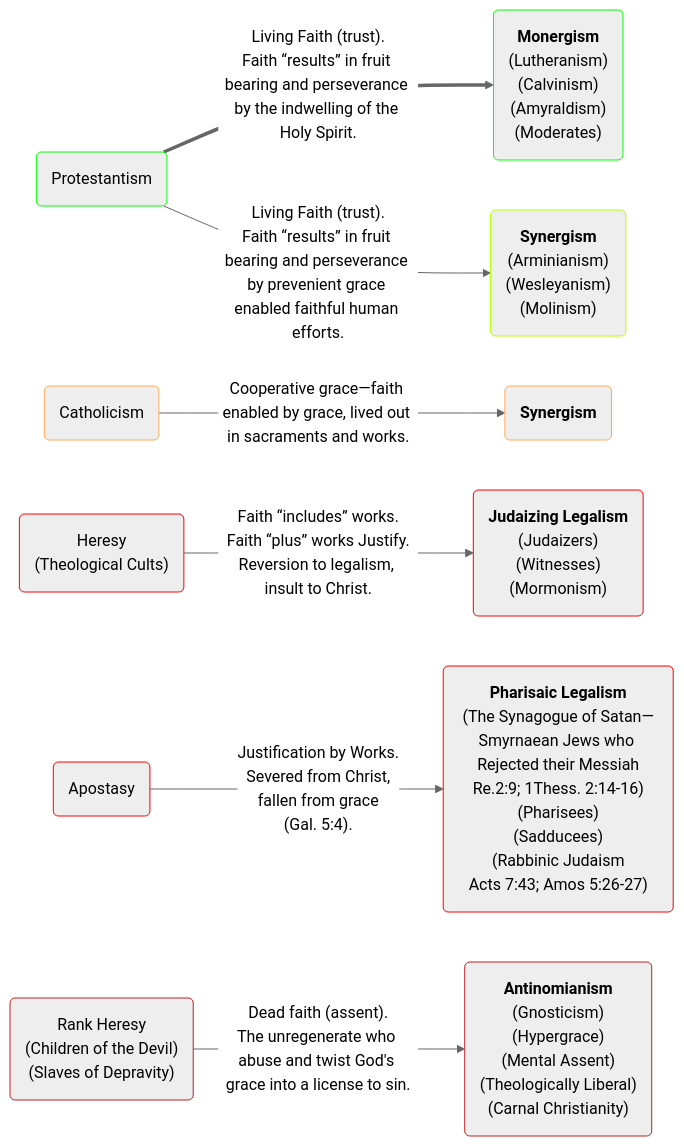
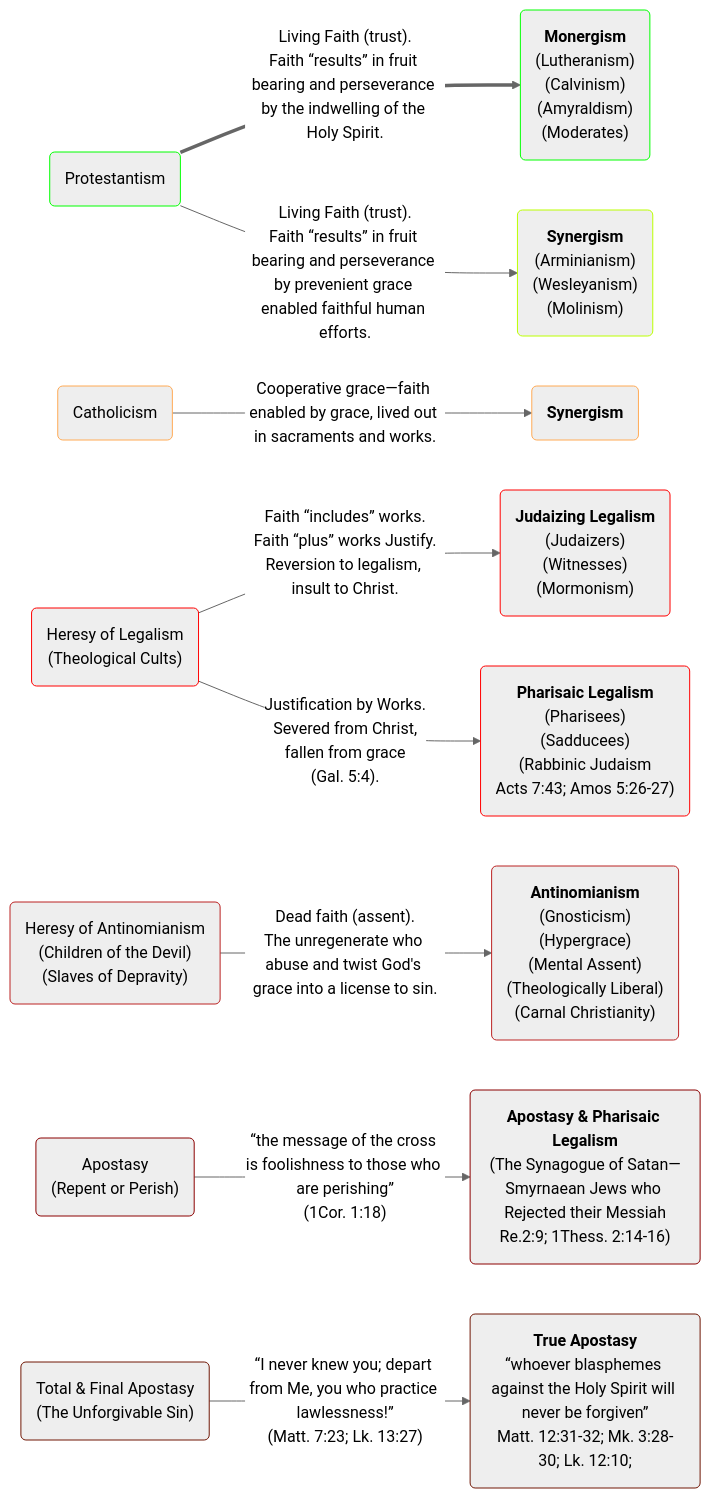
Before and after one commit to OrdoLuminis/ordoluminis.github.io: the first of 2 diagrams in _posts/2025-08-03-historic-protestant-position.markdown, drawn with Mermaid (neutral theme). The commit also changed other lines of this file, not shown here.

Commit message:
expanded

````diff
--- a/_posts/2025-08-03-historic-protestant-position.markdown
+++ b/_posts/2025-08-03-historic-protestant-position.markdown
@@ -55,19 +55,24 @@
 ```mermaid
 flowchart LR
     A(Protestantism):::green
     B(Catholicism):::orange
-    C(Heresy<br>&lpar;Theological Cults&rpar;):::red
-    D(Apostasy):::red
-    E(Rank Heresy<br>&lpar;Children of the Devil&rpar;<br>&lpar;Slaves of Depravity&rpar;):::firebrick
-    A ==>|Living Faith &lpar;trust&rpar;.<br>Faith &ldquo;results&rdquo; in fruit bearing and perseverance by the indwelling of the Holy Spirit.| F(<strong>Monergism</strong><br>&lpar;Lutheranism&rpar;<br>&lpar;Calvinism&rpar;<br>&lpar;Amyraldism&rpar;<br>&lpar;Moderates&rpar;):::green
-    A -->|Living Faith &lpar;trust&rpar;.<br>Faith &ldquo;results&rdquo; in fruit bearing and perseverance by prevenient grace enabled faithful human efforts.| G(<strong>Synergism</strong><br>&lpar;Arminianism&rpar;<br>&lpar;Wesleyanism&rpar;<br>&lpar;Molinism&rpar;):::lightgreen
-    B -->|Cooperative grace&mdash;faith enabled by grace, lived out in sacraments and works.|H(<strong>Synergism</strong>):::orange
-    C -->|Faith &ldquo;includes&rdquo; works.<br>Faith &ldquo;plus&rdquo; works Justify.<br>Reversion to legalism, insult to Christ.| I(<strong>Judaizing Legalism</strong><br>&lpar;Judaizers&rpar;<br>&lpar;Witnesses&rpar;<br>&lpar;Mormonism&rpar;):::red
-    D -->|Justification by Works.<br>Severed from Christ,<br>fallen from grace<br>&lpar;Gal. 5:4&rpar;.| J(<strong>Pharisaic Legalism</strong><br>&lpar;The Synagogue of Satan—Smyrnaean Jews who Rejected their Messiah<br>Re.2:9; 1Thess. 2:14-16&rpar;<br>&lpar;Pharisees&rpar;<br>&lpar;Sadducees&rpar;<br>&lpar;Rabbinic Judaism<br>Acts 7:43; Amos 5:26-27&rpar;):::red
-    E -->|Dead faith &lpar;assent&rpar;.<br>The unregenerate who abuse and twist God's grace into a license to sin.| K(<strong>Antinomianism</strong><br>&lpar;Gnosticism&rpar;<br>&lpar;Hypergrace&rpar;<br>&lpar;Mental Assent&rpar;<br>&lpar;Theologically Liberal&rpar;<br>&lpar;Carnal Christianity&rpar;):::firebrick
+    C(Heresy of Legalism<br>&lpar;Theological Cults&rpar;):::red
+    D(Heresy of Antinomianism<br>&lpar;Children of the Devil&rpar;<br>&lpar;Slaves of Depravity&rpar;):::firebrick
+    E(Apostasy<br>&lpar;Repent or Perish&rpar;):::darkred
+    F(Total & Final Apostasy<br>&lpar;The Unforgivable Sin&rpar;):::darkerred
+    A ==>|Living Faith &lpar;trust&rpar;.<br>Faith &ldquo;results&rdquo; in fruit bearing and perseverance by the indwelling of the Holy Spirit.| G(<strong>Monergism</strong><br>&lpar;Lutheranism&rpar;<br>&lpar;Calvinism&rpar;<br>&lpar;Amyraldism&rpar;<br>&lpar;Moderates&rpar;):::green
+    A -->|Living Faith &lpar;trust&rpar;.<br>Faith &ldquo;results&rdquo; in fruit bearing and perseverance by prevenient grace enabled faithful human efforts.| H(<strong>Synergism</strong><br>&lpar;Arminianism&rpar;<br>&lpar;Wesleyanism&rpar;<br>&lpar;Molinism&rpar;):::lightgreen
+    B -->|Cooperative grace&mdash;faith enabled by grace, lived out in sacraments and works.| I(<strong>Synergism</strong>):::orange
+    C -->|Faith &ldquo;includes&rdquo; works.<br>Faith &ldquo;plus&rdquo; works Justify.<br>Reversion to legalism, insult to Christ.| J(<strong>Judaizing Legalism</strong><br>&lpar;Judaizers&rpar;<br>&lpar;Witnesses&rpar;<br>&lpar;Mormonism&rpar;):::red
+    C -->|Justification by Works.<br>Severed from Christ,<br>fallen from grace<br>&lpar;Gal. 5:4&rpar;.| K(<strong>Pharisaic Legalism</strong><br>&lpar;Pharisees&rpar;<br>&lpar;Sadducees&rpar;<br>&lpar;Rabbinic Judaism<br>Acts 7:43; Amos 5:26-27&rpar;):::red
+    D -->|Dead faith &lpar;assent&rpar;.<br>The unregenerate who abuse and twist God's grace into a license to sin.| L(<strong>Antinomianism</strong><br>&lpar;Gnosticism&rpar;<br>&lpar;Hypergrace&rpar;<br>&lpar;Mental Assent&rpar;<br>&lpar;Theologically Liberal&rpar;<br>&lpar;Carnal Christianity&rpar;):::firebrick
+    E -->|&ldquo;the message of the cross is foolishness to those who are perishing&rdquo;<br>&lpar;1Cor. 1:18&rpar;| M(<strong>Apostasy & Pharisaic Legalism</strong><br>&lpar;The Synagogue of Satan—Smyrnaean Jews who Rejected their Messiah<br>Re.2:9; 1Thess. 2:14-16&rpar;):::darkred
+    F -->|&ldquo;I never knew you; depart from Me, you who practice lawlessness!&rdquo;<br>&lpar;Matt. 7:23; Lk. 13:27&rpar;| N(<strong>True Apostasy</strong><br>&ldquo;whoever blasphemes against the Holy Spirit will never be forgiven&rdquo;<br>Matt. 12:31-32; Mk. 3:28-30; Lk. 12:10;):::darkerred
     classDef red stroke:#f00
     classDef green stroke:#0f0
     classDef lightgreen stroke:#Bf0
     classDef orange stroke:#fa5
     classDef firebrick stroke:#b22
+    classDef darkred stroke:#8B0000
+    classDef darkerred stroke:#701705
 ```
````
